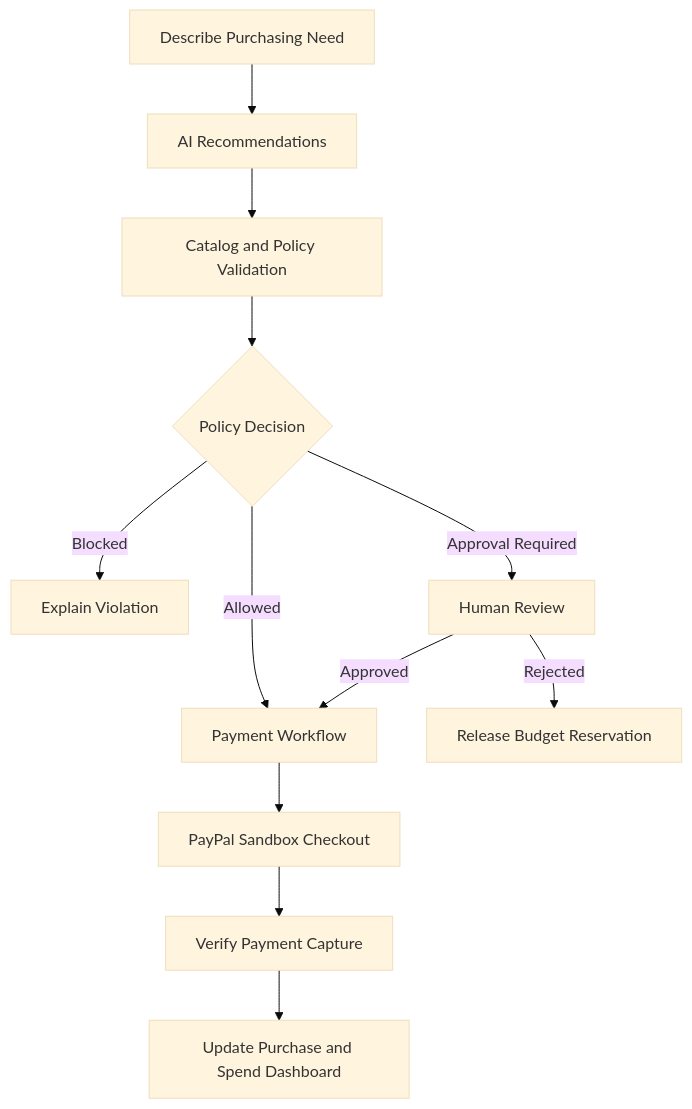
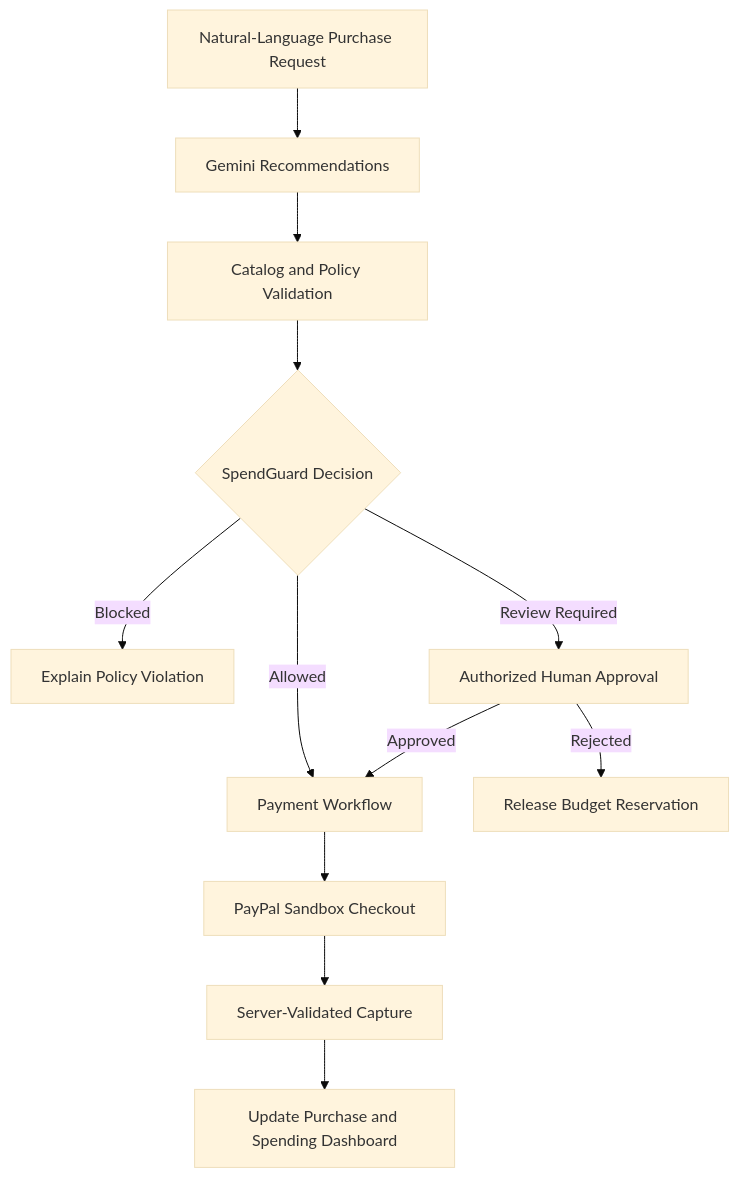
One commit to dineshit27/procura-ai changed the diagram in README.md. Above: the diagram before and after it, drawn with Mermaid (base theme). The commit also changed other lines of this file, not shown here.

````diff
--- a/README.md
+++ b/README.md
@@ -52,14 +64,14 @@
 ```mermaid
 flowchart TD
-    A[Describe Purchasing Need] --> B[AI Recommendations]
-    B --> C[Catalog and Policy Validation]
-    C --> D{Policy Decision}
-    D -->|Blocked| E[Explain Violation]
-    D -->|Approval Required| F[Human Review]
-    D -->|Allowed| G[Payment Workflow]
+    A["Natural-Language Purchase Request"] --> B["Gemini Recommendations"]
+    B --> C["Catalog and Policy Validation"]
+    C --> D{"SpendGuard Decision"}
+    D -->|Blocked| E["Explain Policy Violation"]
+    D -->|Review Required| F["Authorized Human Approval"]
+    D -->|Allowed| G["Payment Workflow"]
     F -->|Approved| G
-    F -->|Rejected| H[Release Budget Reservation]
-    G --> I[PayPal Sandbox Checkout]
-    I --> J[Verify Payment Capture]
-    J --> K[Update Purchase and Spend Dashboard]
+    F -->|Rejected| H["Release Budget Reservation"]
+    G --> I["PayPal Sandbox Checkout"]
+    I --> J["Server-Validated Capture"]
+    J --> K["Update Purchase and Spending Dashboard"]
 ```
````
